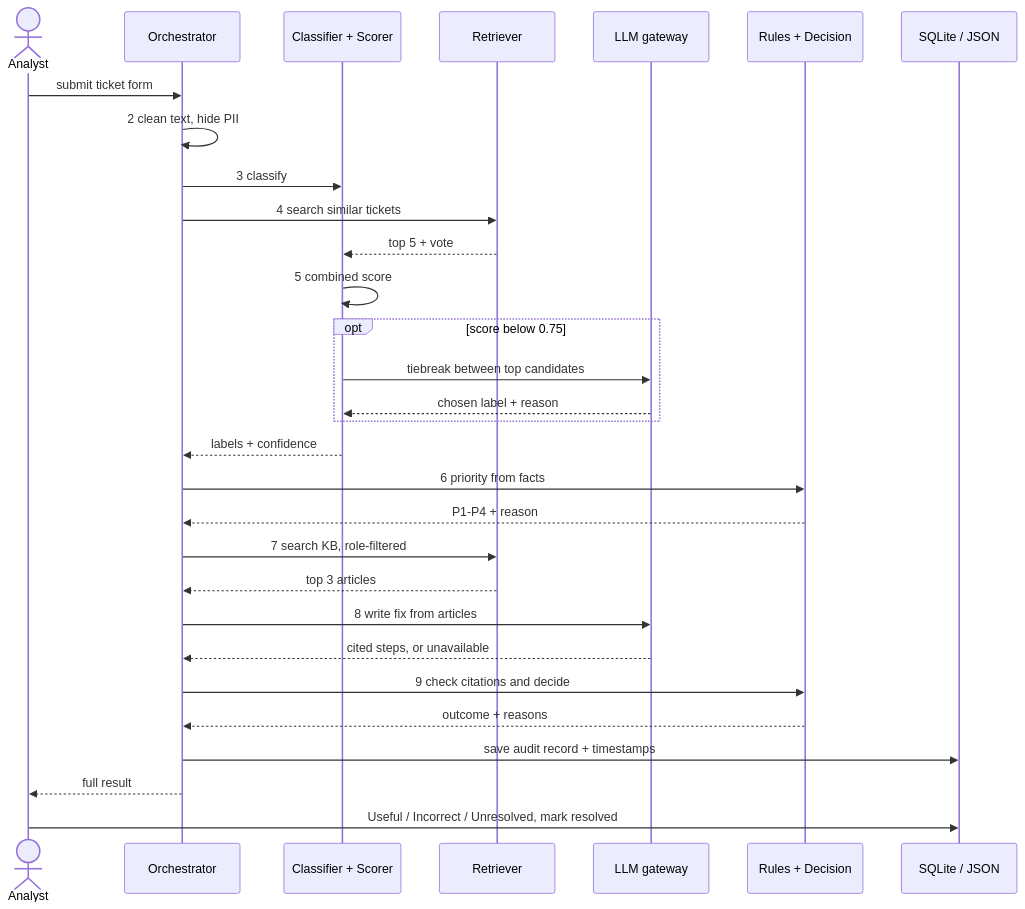
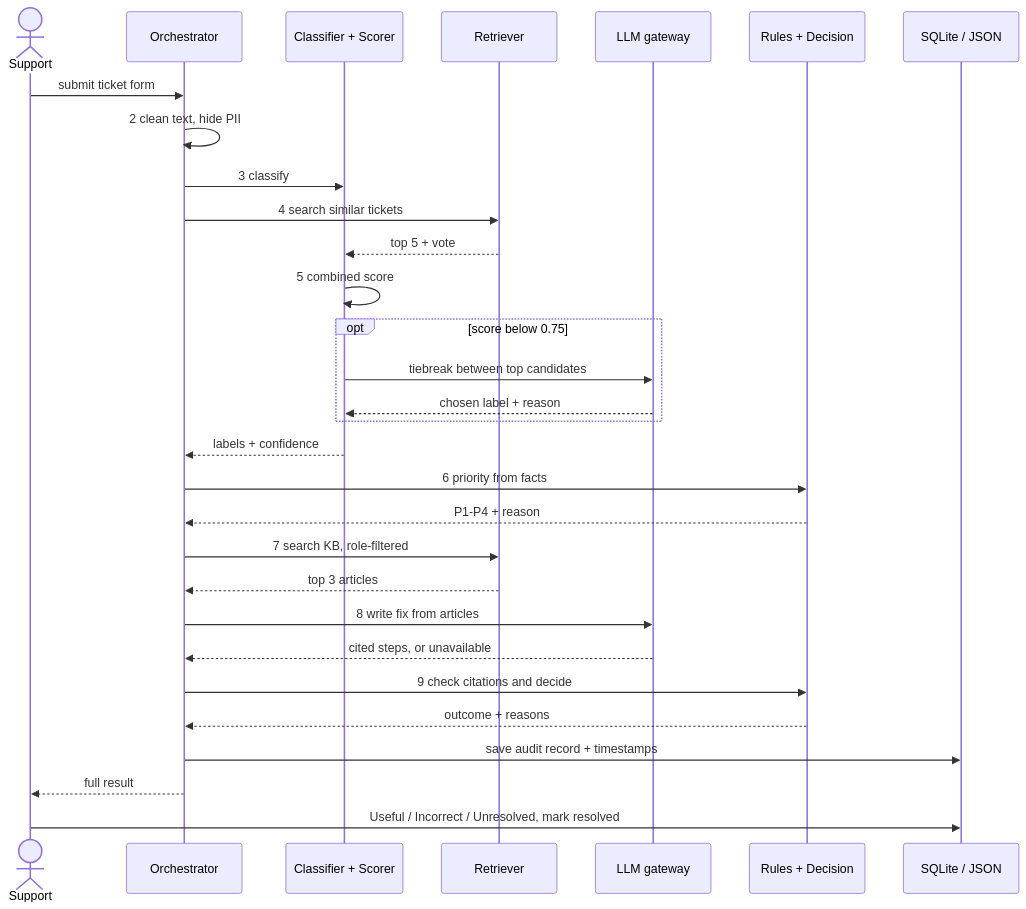
One commit to groov33/HCLTech_RAGsToRiches changed the fourth of 7 diagrams in Docs/HLD.md. Above: the diagram before and after it, drawn with Mermaid. The commit also changed other lines of this file and 12 other files, not shown here.

````diff
--- a/Docs/HLD.md
+++ b/Docs/HLD.md
@@ -209,33 +211,33 @@
 ```mermaid
 sequenceDiagram
-    actor U as Analyst
+    actor U as Support
     participant O as Orchestrator
     participant ML as Classifier + Scorer
     participant R as Retriever
     participant L as LLM gateway
     participant D as Rules + Decision
     participant DB as SQLite / JSON
 
     U->>O: submit ticket form
     O->>O: 2 clean text, hide PII
     O->>ML: 3 classify
     O->>R: 4 search similar tickets
     R-->>ML: top 5 + vote
     ML->>ML: 5 combined score
     opt score below 0.75
         ML->>L: tiebreak between top candidates
         L-->>ML: chosen label + reason
     end
     ML-->>O: labels + confidence
     O->>D: 6 priority from facts
     D-->>O: P1-P4 + reason
     O->>R: 7 search KB, role-filtered
     R-->>O: top 3 articles
     O->>L: 8 write fix from articles
     L-->>O: cited steps, or unavailable
     O->>D: 9 check citations and decide
     D-->>O: outcome + reasons
     O->>DB: save audit record + timestamps
     O-->>U: full result
     U->>DB: Useful / Incorrect / Unresolved, mark resolved
 ```
````
